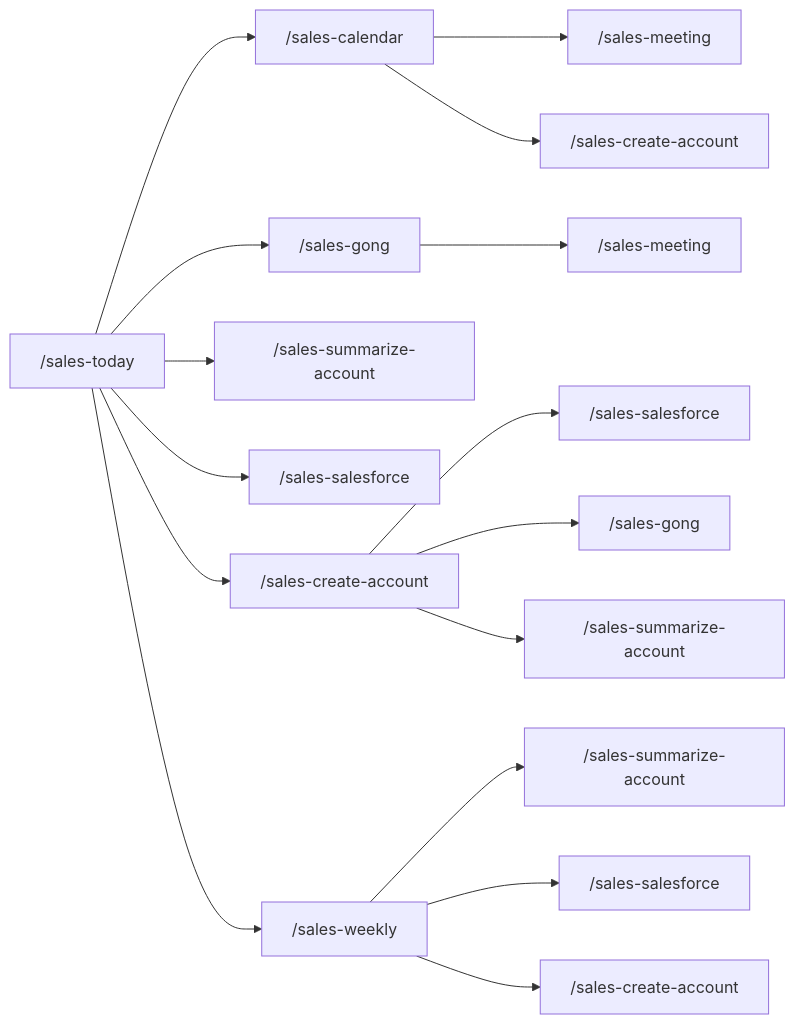
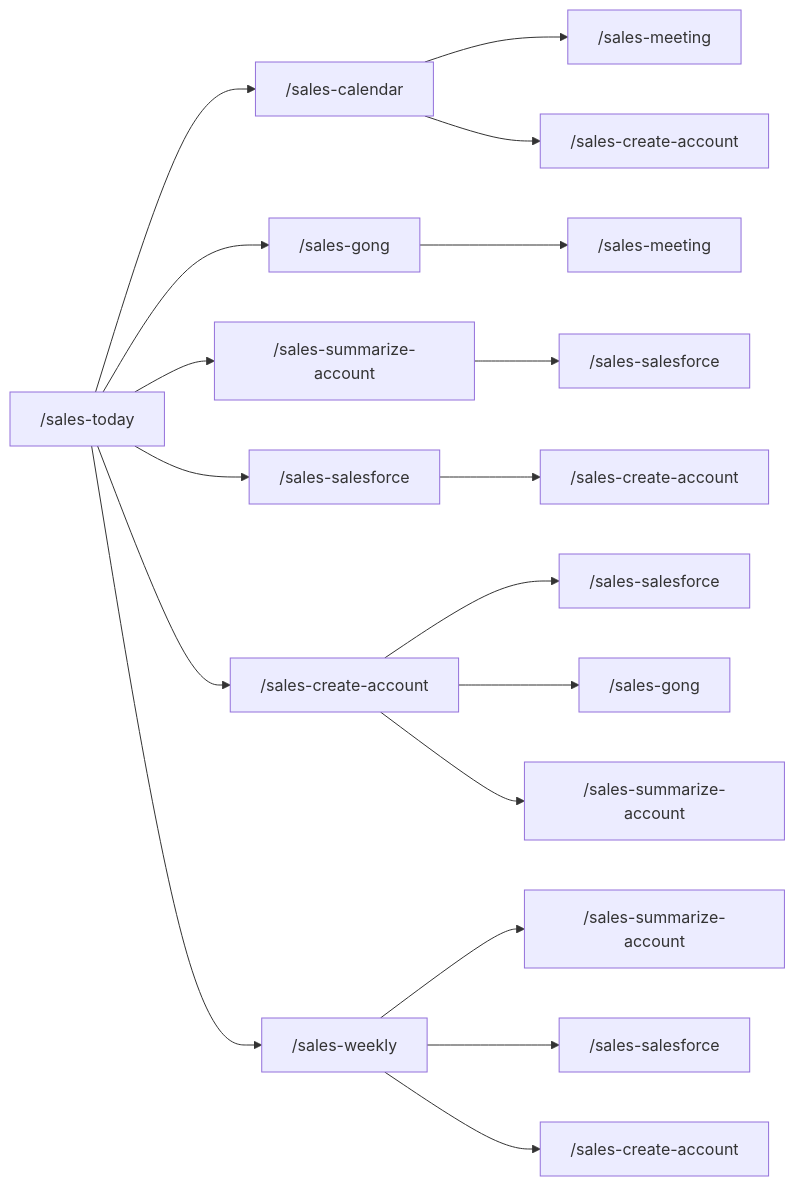
Before and after one commit to yeutterg/claude-code-sales-skills: the diagram in README.md, drawn with Mermaid. The commit also changed other lines of this file and 4 other files, not shown here.

First line of the commit message:
sync: add subagent parallelism to summarize, create, gong, and weekly skills

````diff
--- a/README.md
+++ b/README.md
@@ -159,19 +159,21 @@
 ```mermaid
 graph LR
     today["/sales-today"] --> calendar["/sales-calendar"]
     today --> gong1["/sales-gong"]
     today --> summarize1["/sales-summarize-account"]
     today --> salesforce1["/sales-salesforce"]
     today --> create1["/sales-create-account"]
     today --> weekly["/sales-weekly"]
 
     calendar --> meeting1["/sales-meeting"]
     calendar --> create2["/sales-create-account"]
     gong1 --> meeting2["/sales-meeting"]
     weekly --> summarize2["/sales-summarize-account"]
     weekly --> salesforce2["/sales-salesforce"]
     weekly --> create3["/sales-create-account"]
     create1 --> salesforce3["/sales-salesforce"]
     create1 --> gong2["/sales-gong"]
     create1 --> summarize3["/sales-summarize-account"]
+    summarize1 --> salesforce4["/sales-salesforce"]
+    salesforce1 --> create4["/sales-create-account"]
 ```
````
